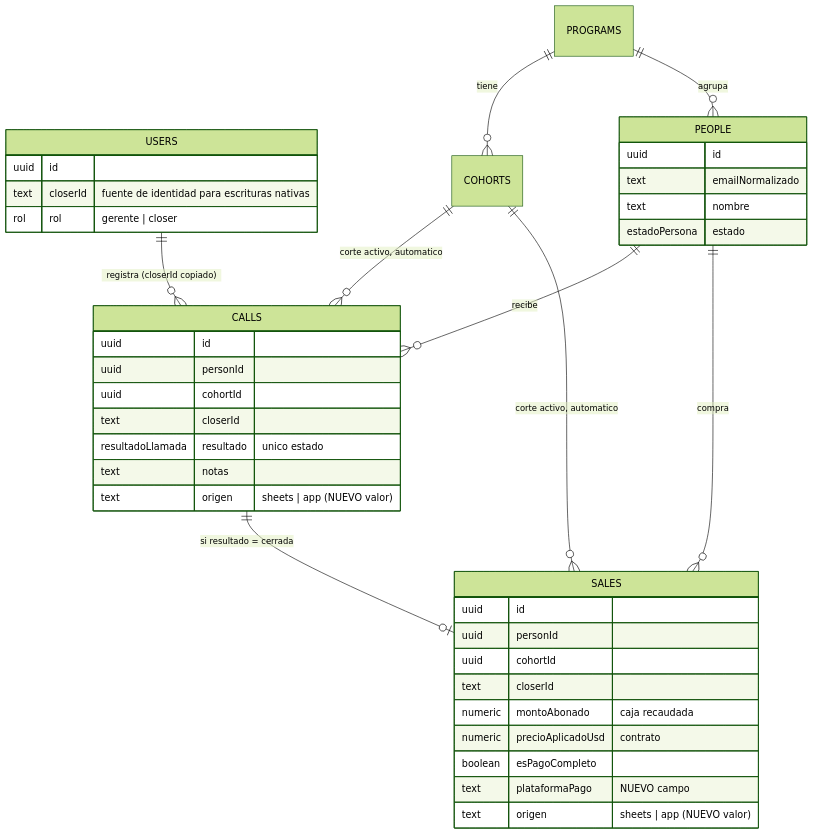
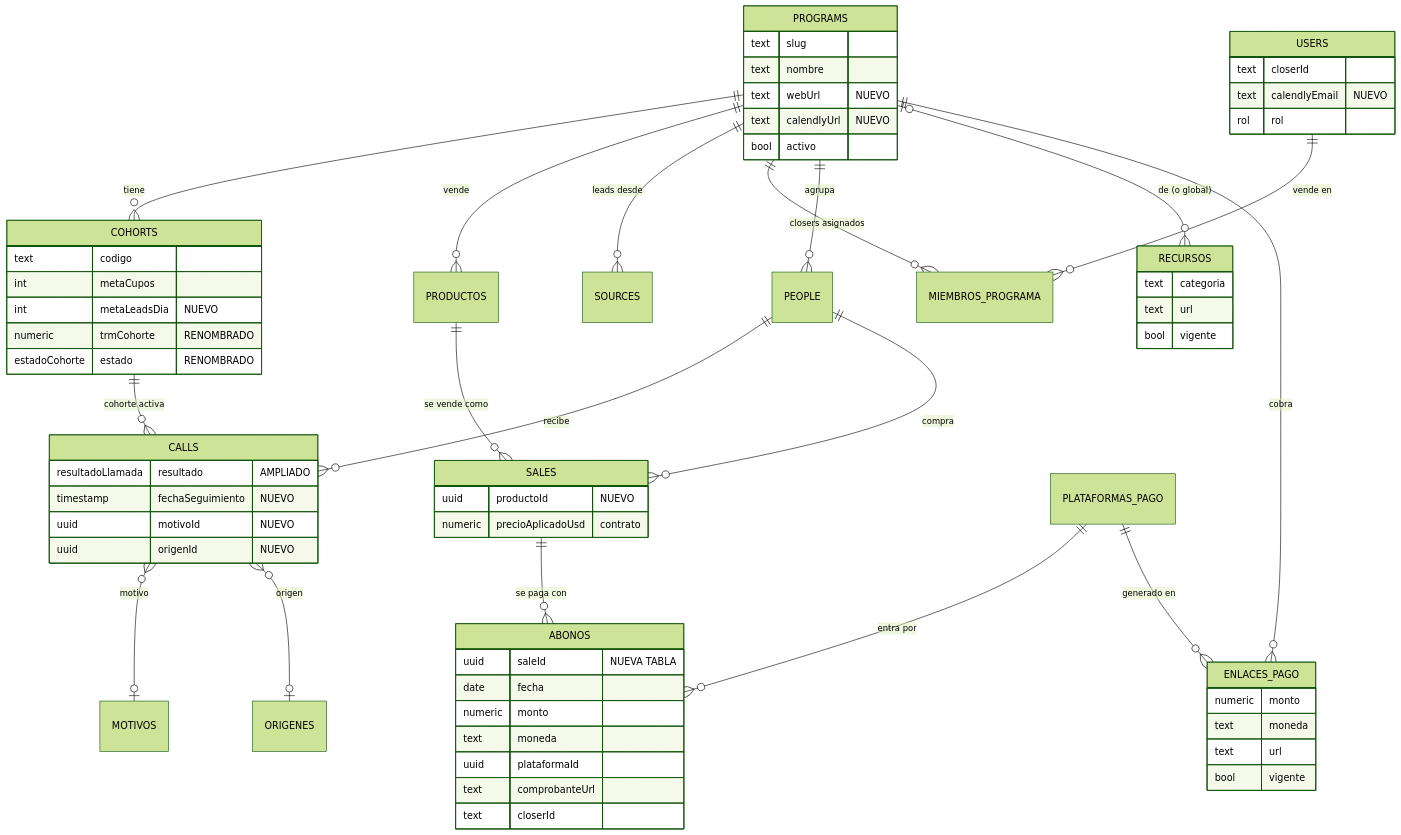
Before and after one commit to Retia-Agencia/retia-metrics: the second of 3 diagrams in docs/plan.md, drawn with Mermaid (forest theme). The commit also changed other lines of this file and 39 other files, not shown here.

````diff
--- a/docs/plan.md
+++ b/docs/plan.md
@@ -75,43 +79,70 @@
 ```mermaid
 erDiagram
-    USERS ||--o{ CALLS : "registra (closerId copiado)"
     PROGRAMS ||--o{ COHORTS : tiene
+    PROGRAMS ||--o{ PRODUCTOS : vende
+    PROGRAMS ||--o{ SOURCES : "leads desde"
+    PROGRAMS ||--o{ MIEMBROS_PROGRAMA : "closers asignados"
+    USERS ||--o{ MIEMBROS_PROGRAMA : "vende en"
     PROGRAMS ||--o{ PEOPLE : agrupa
-    COHORTS ||--o{ CALLS : "corte activo, automatico"
-    COHORTS ||--o{ SALES : "corte activo, automatico"
     PEOPLE ||--o{ CALLS : recibe
+    COHORTS ||--o{ CALLS : "cohorte activa"
+    CALLS }o--o| MOTIVOS : motivo
+    CALLS }o--o| ORIGENES : origen
     PEOPLE ||--o{ SALES : compra
-    CALLS ||--o| SALES : "si resultado = cerrada"
+    PRODUCTOS ||--o{ SALES : "se vende como"
+    SALES ||--o{ ABONOS : "se paga con"
+    PLATAFORMAS_PAGO ||--o{ ABONOS : "entra por"
+    PROGRAMS |o--o{ RECURSOS : "de (o global)"
+    PROGRAMS ||--o{ ENLACES_PAGO : cobra
+    PLATAFORMAS_PAGO ||--o{ ENLACES_PAGO : "generado en"
 
+    PROGRAMS {
+        text slug
+        text nombre
+        text webUrl "NUEVO"
+        text calendlyUrl "NUEVO"
+        bool activo
+    }
+    COHORTS {
+        text codigo
+        int metaCupos
+        int metaLeadsDia "NUEVO"
+        numeric trmCohorte "RENOMBRADO"
+        estadoCohorte estado "RENOMBRADO"
+    }
     USERS {
-        uuid id
-        text closerId "fuente de identidad para escrituras nativas"
-        rol rol "gerente | closer"
-    }
-    PEOPLE {
-        uuid id
-        text emailNormalizado
-        text nombre
-        estadoPersona estado
+        text closerId
+        text calendlyEmail "NUEVO"
+        rol rol
     }
     CALLS {
-        uuid id
-        uuid personId
-        uuid cohortId
-        text closerId
-        resultadoLlamada resultado "unico estado"
-        text notas
-        text origen "sheets | app (NUEVO valor)"
+        resultadoLlamada resultado "AMPLIADO"
+        timestamp fechaSeguimiento "NUEVO"
+        uuid motivoId "NUEVO"
+        uuid origenId "NUEVO"
     }
     SALES {
-        uuid id
-        uuid personId
-        uuid cohortId
+        uuid productoId "NUEVO"
+        numeric precioAplicadoUsd "contrato"
+    }
+    ABONOS {
+        uuid saleId "NUEVA TABLA"
+        date fecha
+        numeric monto
+        text moneda
+        uuid plataformaId
+        text comprobanteUrl
         text closerId
-        numeric montoAbonado "caja recaudada"
-        numeric precioAplicadoUsd "contrato"
-        boolean esPagoCompleto
-        text plataformaPago "NUEVO campo"
-        text origen "sheets | app (NUEVO valor)"
+    }
+    RECURSOS {
+        text categoria
+        text url
+        bool vigente
+    }
+    ENLACES_PAGO {
+        numeric monto
+        text moneda
+        text url
+        bool vigente
     }
 ```
````
